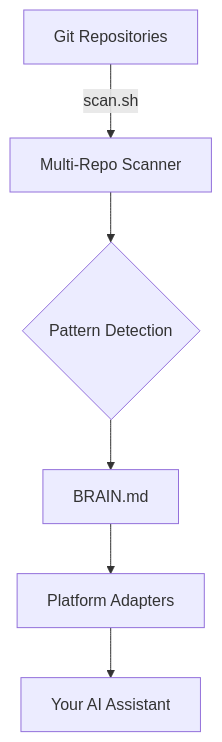
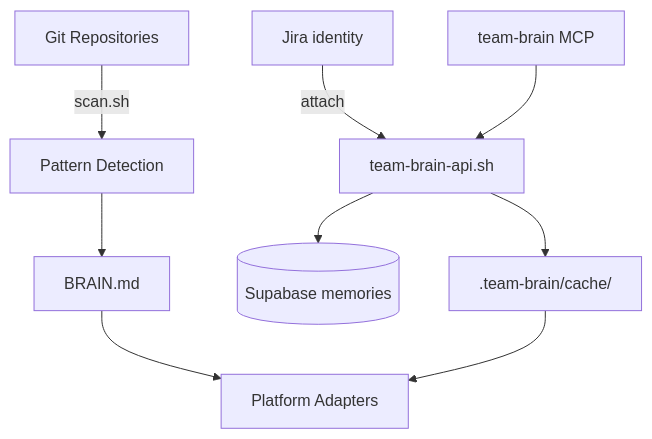
The diagram in website/docs/architecture.md (Hrithik-Gavankar/brainstack), drawn with Mermaid before and after one commit. The commit also changed other lines of this file and 24 other files, not shown here.

Commit message:
docs(team-brain): align README, guides, and website with collaborative memory shipped state

````diff
--- a/website/docs/architecture.md
+++ b/website/docs/architecture.md
@@ -11,8 +11,11 @@
 ```mermaid
 flowchart TD
-    A[Git Repositories] -->|scan.sh| B[Multi-Repo Scanner]
-    B --> C{Pattern Detection}
-    C --> D[BRAIN.md]
-    D --> E[Platform Adapters]
-    E --> F[Your AI Assistant]
+    GIT[Git Repositories] -->|scan.sh| PATTERN[Pattern Detection]
+    PATTERN --> BRAIN[BRAIN.md]
+    JIRA[Jira identity] -->|attach| API[team-brain-api.sh]
+    API --> SB[(Supabase memories)]
+    API --> CACHE[".team-brain/cache/"]
+    BRAIN --> ADAPTERS[Platform Adapters]
+    CACHE --> ADAPTERS
+    MCP[team-brain MCP] --> API
 ```
````
